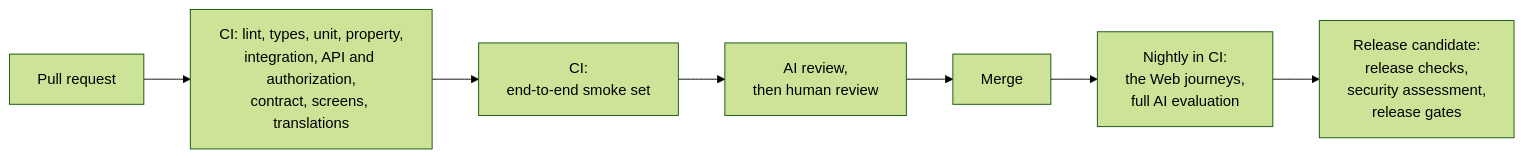
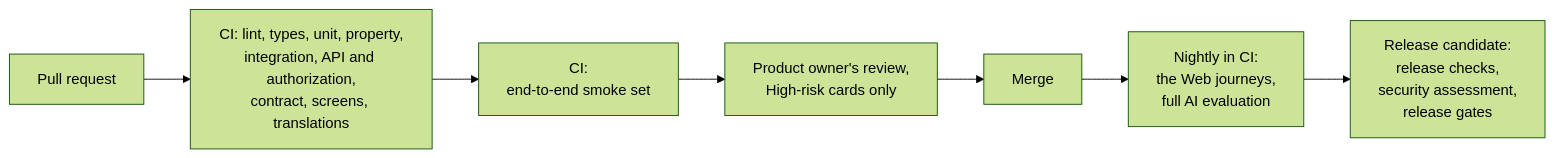
The diagram in docs/test-strategy.md (huynguyennang-agilityio/tripmate-docs), drawn with Mermaid (forest theme) before and after one commit. The commit also changed other lines of this file and 5 other files, not shown here.

First line of the commit message:
Development flow v1.5: test-first agents, risk levels, product owner reviews High cards only

````diff
--- a/docs/test-strategy.md
+++ b/docs/test-strategy.md
@@ -111,9 +115,9 @@
 ```mermaid
 flowchart LR
     PR["Pull request"] --> CI["CI: lint, types, unit, property,<br/>integration, API and authorization,<br/>contract, screens, translations"]
     CI --> PV["CI:<br/>end-to-end smoke set"]
-    PV --> RV["AI review,<br/>then human review"]
+    PV --> RV["Product owner's review,<br/>High-risk cards only"]
     RV --> MG["Merge"]
     MG --> NT["Nightly in CI:<br/>the Web journeys,<br/>full AI evaluation"]
     NT --> RC["Release candidate:<br/>release checks,<br/>security assessment,<br/>release gates"]
 ```
````
